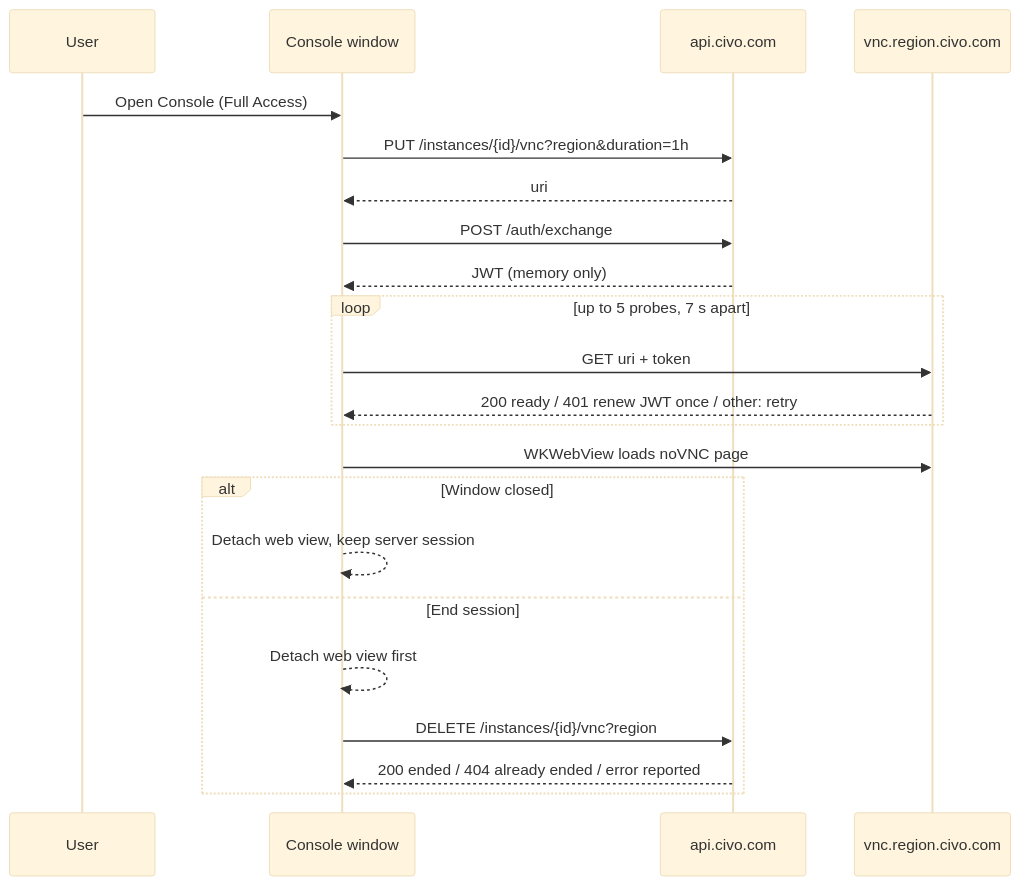
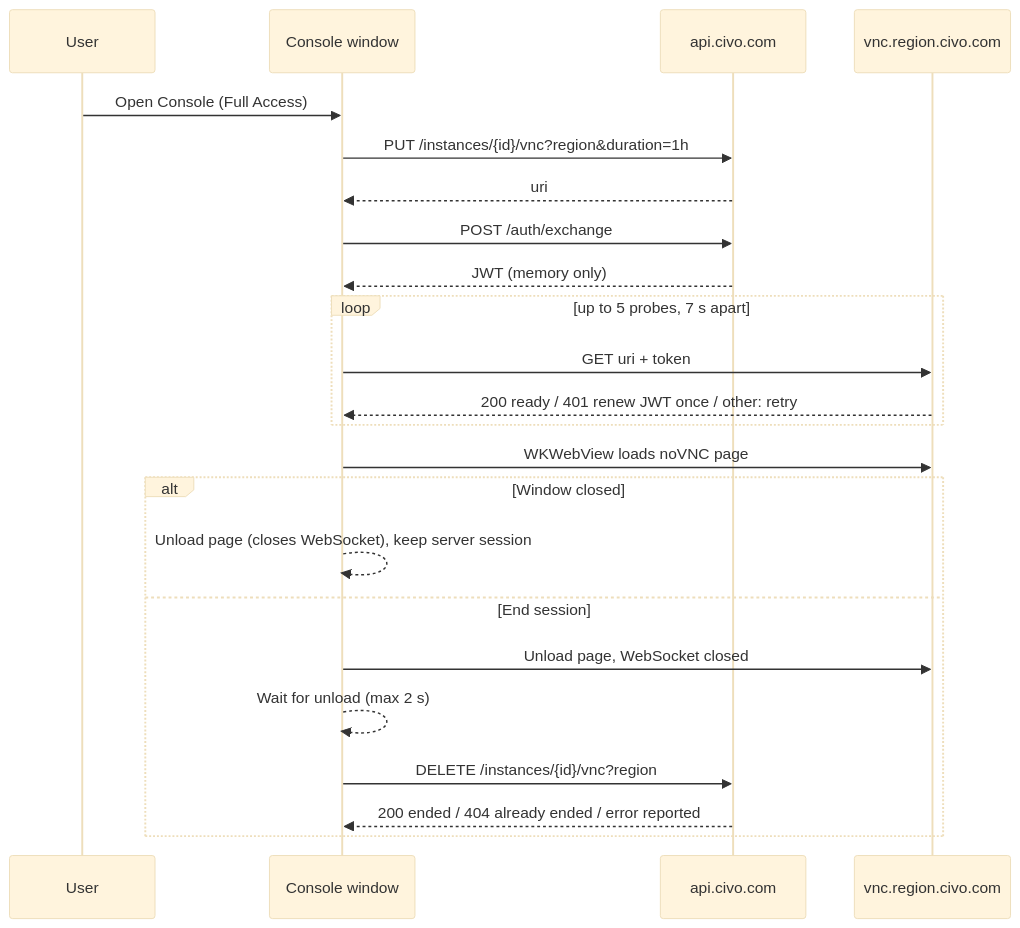
One commit to marcelrgberger/civo-cloud-manager changed the tenth of 14 diagrams in README.md. Above: the diagram before and after it, drawn with Mermaid (base theme). The commit also changed other lines of this file and 3 other files, not shown here.

First line of the commit message:
Close the console WebSocket before ending the session

````diff
--- a/README.md
+++ b/README.md
@@ -383,24 +383,25 @@
 ```mermaid
 sequenceDiagram
     participant U as User
     participant W as Console window
     participant A as api.civo.com
     participant V as vnc.region.civo.com
     U->>W: Open Console (Full Access)
     W->>A: PUT /instances/{id}/vnc?region&duration=1h
     A-->>W: uri
     W->>A: POST /auth/exchange
     A-->>W: JWT (memory only)
     loop up to 5 probes, 7 s apart
         W->>V: GET uri + token
         V-->>W: 200 ready / 401 renew JWT once / other: retry
     end
     W->>V: WKWebView loads noVNC page
     alt Window closed
-        W-->>W: Detach web view, keep server session
+        W-->>W: Unload page (closes WebSocket), keep server session
     else End session
-        W-->>W: Detach web view first
+        W->>V: Unload page, WebSocket closed
+        W-->>W: Wait for unload (max 2 s)
         W->>A: DELETE /instances/{id}/vnc?region
         A-->>W: 200 ended / 404 already ended / error reported
     end
 ```
````
